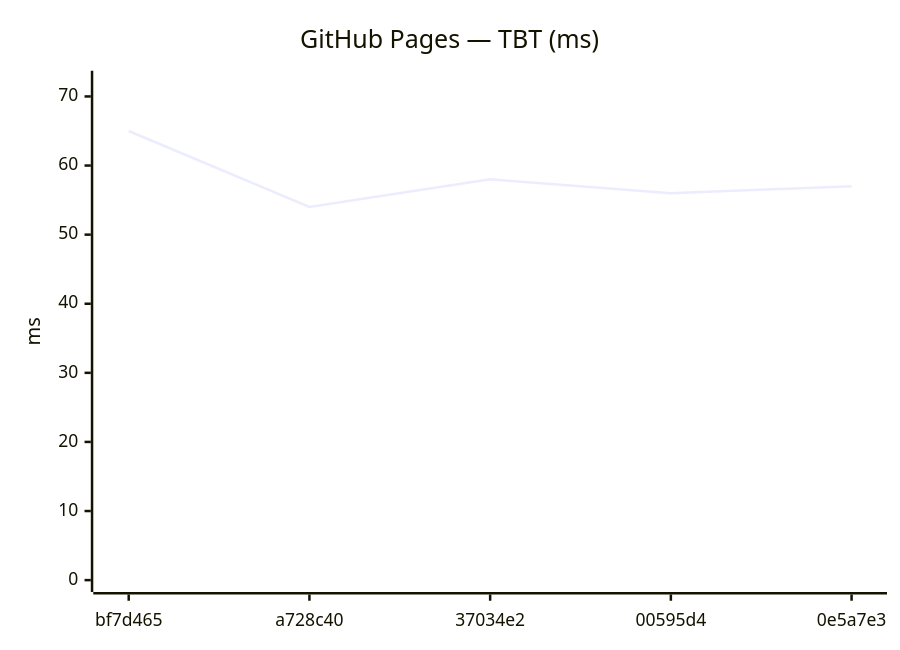
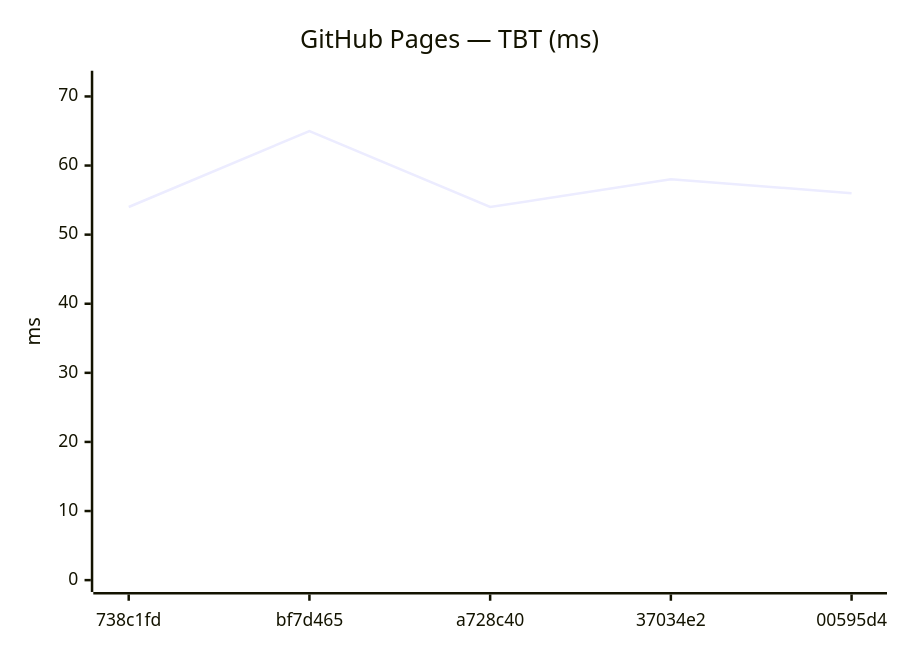
Diagram 12 of 24 in benchmarks/compare.md (Metaheurist/Rianell), drawn with Mermaid before and after one commit. The commit also changed other lines of this file and 13 other files, not shown here.

````diff
--- a/benchmarks/compare.md
+++ b/benchmarks/compare.md
@@ -176,7 +176,7 @@
 ```mermaid
 xychart-beta
     title "GitHub Pages — TBT (ms)"
-    x-axis ["bf7d465", "a728c40", "37034e2", "00595d4", "0e5a7e3"]
+    x-axis ["738c1fd", "bf7d465", "a728c40", "37034e2", "00595d4"]
     y-axis "ms" 0 --> 72
-    line [65, 54, 58, 56, 57]
+    line [54, 65, 54, 58, 56]
 ```
````
